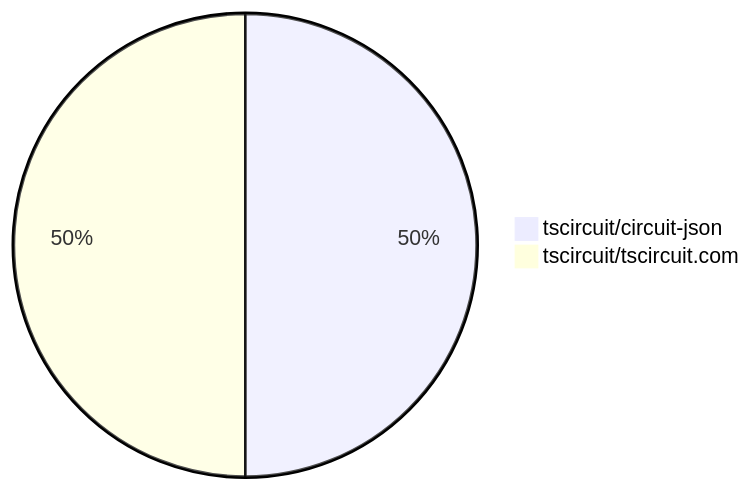
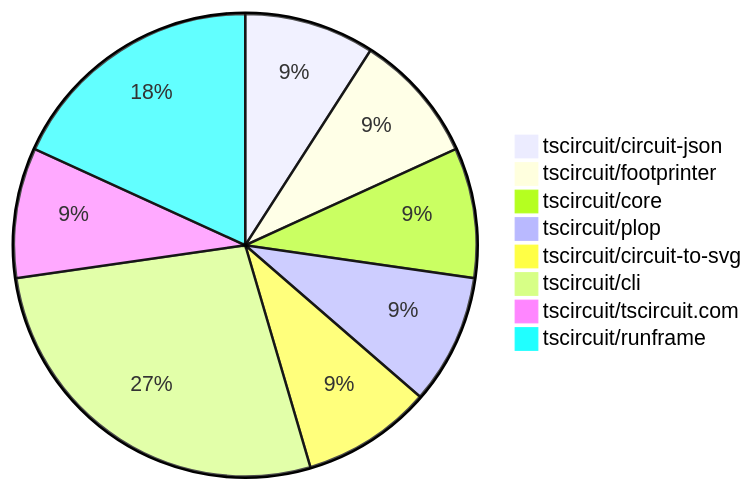
One commit to tscircuit/contribution-tracker changed the diagram in contribution-overviews/2025-02-12.md. Above: the diagram before and after it, drawn with Mermaid. The commit also changed other lines of this file and 2 other files, not shown here.

````diff
--- a/contribution-overviews/2025-02-12.md
+++ b/contribution-overviews/2025-02-12.md
@@ -5,5 +5,11 @@
 ```mermaid
 pie
     "tscircuit/circuit-json" : 1
+    "tscircuit/footprinter" : 1
+    "tscircuit/core" : 1
+    "tscircuit/plop" : 1
+    "tscircuit/circuit-to-svg" : 1
+    "tscircuit/cli" : 3
     "tscircuit/tscircuit.com" : 1
+    "tscircuit/runframe" : 2
 ```
````
